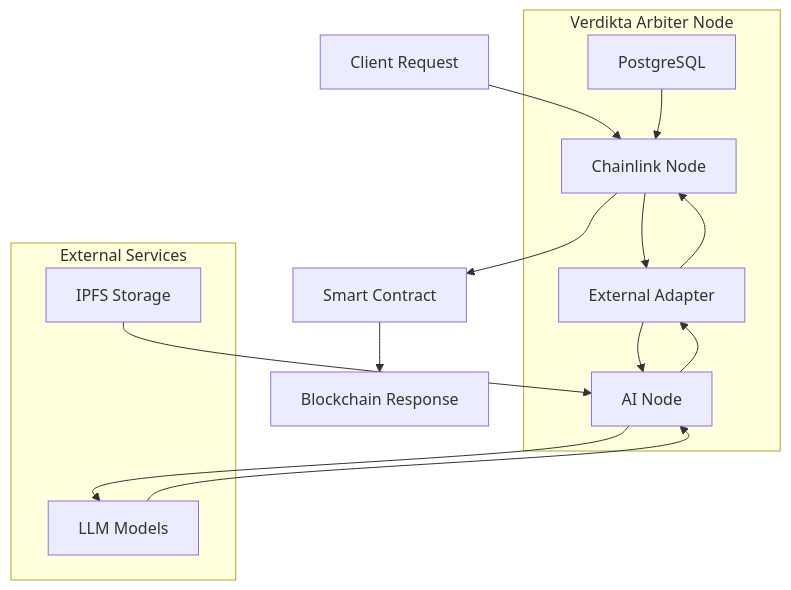
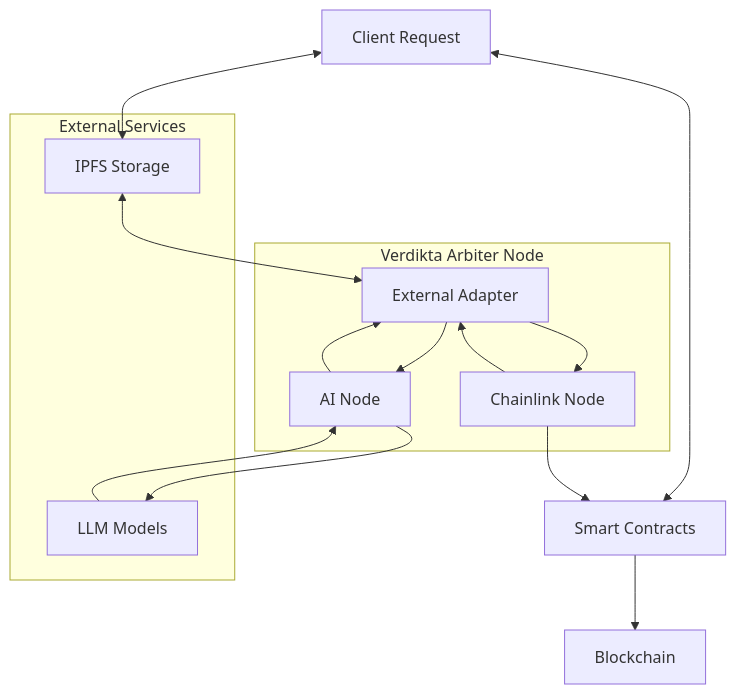
The diagram in installer/docs/docs/index.md (verdikta/verdikta-arbiter), drawn with Mermaid before and after one commit. The commit also changed 65 other files, not shown here.

````diff
--- a/installer/docs/docs/index.md
+++ b/installer/docs/docs/index.md
@@ -56,27 +56,25 @@
 ```mermaid
 graph TB
-    A[Client Request] --> B[Chainlink Node]
-    B --> C[External Adapter]
+    A[Client Request] <--> F[Smart Contracts]
+    A <--> I[IPFS Storage]
+    B[Chainlink Node] --> C[External Adapter]
     C --> D[AI Node]
     D --> E[LLM Models]
     E --> D
     D --> C
     C --> B
-    B --> F[Smart Contract]
-    F --> G[Blockchain Response]
-    
-    H[PostgreSQL] --> B
-    I[IPFS Storage] --> D
+    B --> F
+    F --> G[Blockchain]
+    I <--> C
     
     subgraph "Verdikta Arbiter Node"
         B
         C
         D
-        H
     end
     
     subgraph "External Services"
         E
         I
     end
 ```
````
